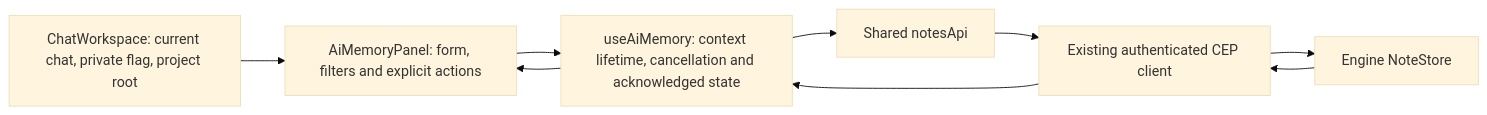
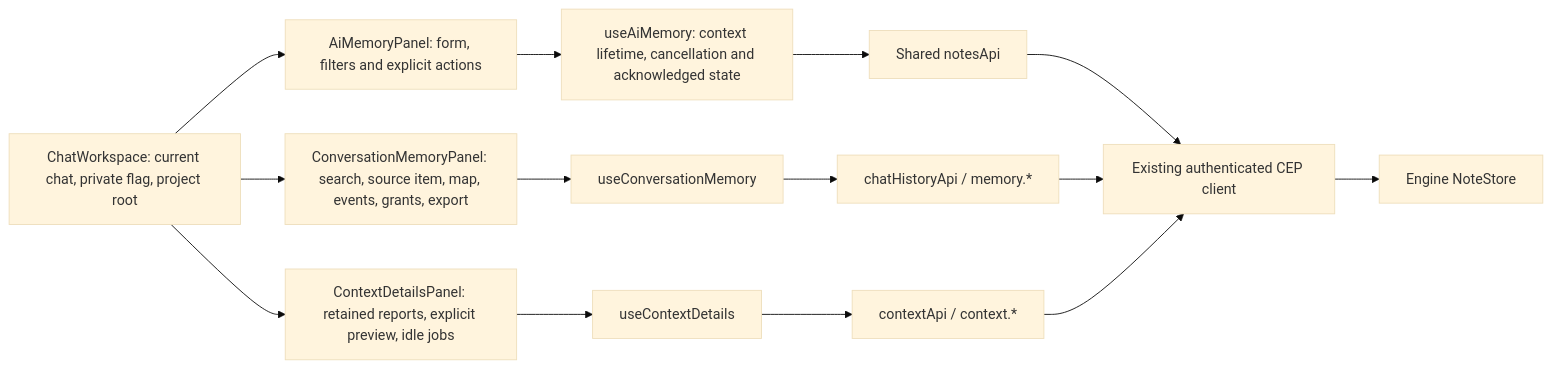
The diagram in src/features/chat/README.md (cluaiz/cluaiz-app), drawn with Mermaid (base theme) before and after one commit. The commit also changed other lines of this file and 7 other files, not shown here.

Commit message:
feat(chat/memory): add conversation memory and context diagnostics panels

````diff
--- a/src/features/chat/README.md
+++ b/src/features/chat/README.md
@@ -14,11 +19,16 @@
 ```mermaid
 flowchart LR
   W["ChatWorkspace: current chat, private flag, project root"] --> P["AiMemoryPanel: form, filters and explicit actions"]
   P --> H["useAiMemory: context lifetime, cancellation and acknowledged state"]
   H --> A["Shared notesApi"]
   A --> C["Existing authenticated CEP client"]
   C --> N["Engine NoteStore"]
-  N --> C
-  C --> H
-  H --> P
+  W --> CM["ConversationMemoryPanel: search, source item, map, events, grants, export"]
+  CM --> CH["useConversationMemory"]
+  CH --> HA["chatHistoryApi / memory.*"]
+  HA --> C
+  W --> CD["ContextDetailsPanel: retained reports, explicit preview, idle jobs"]
+  CD --> CX["useContextDetails"]
+  CX --> CA["contextApi / context.*"]
+  CA --> C
 ```
````
